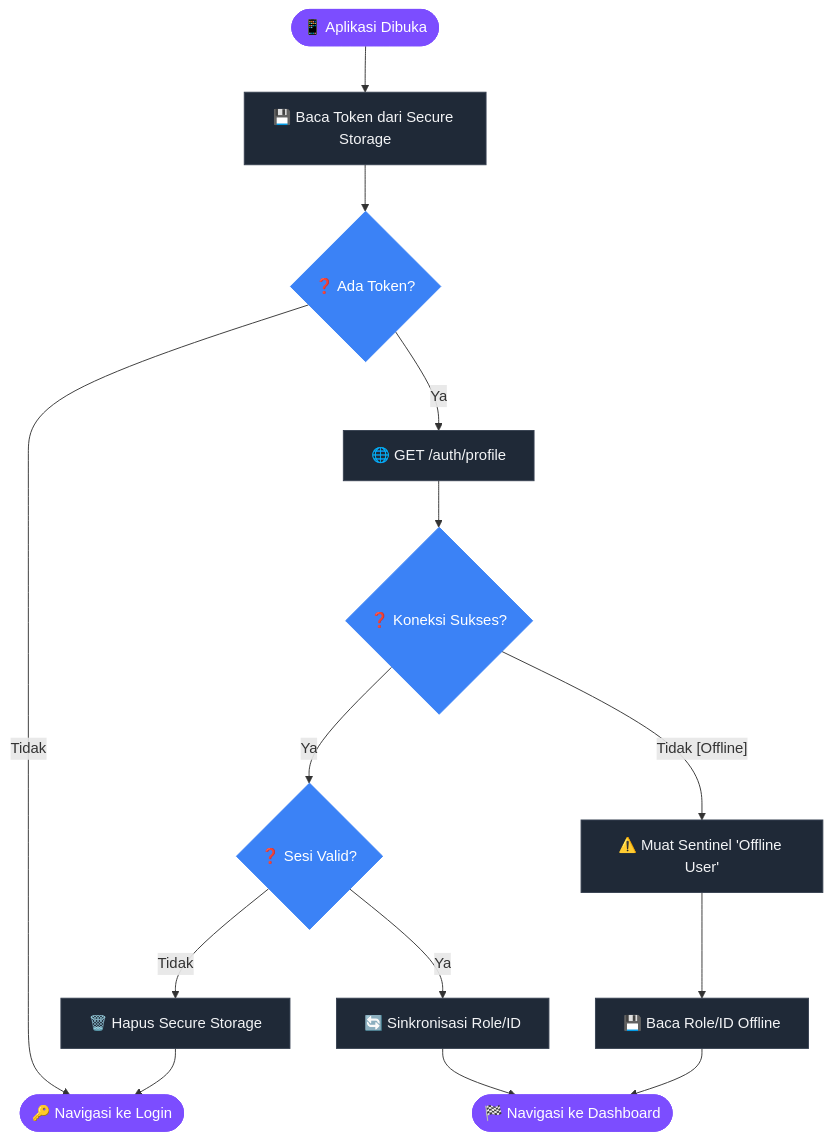
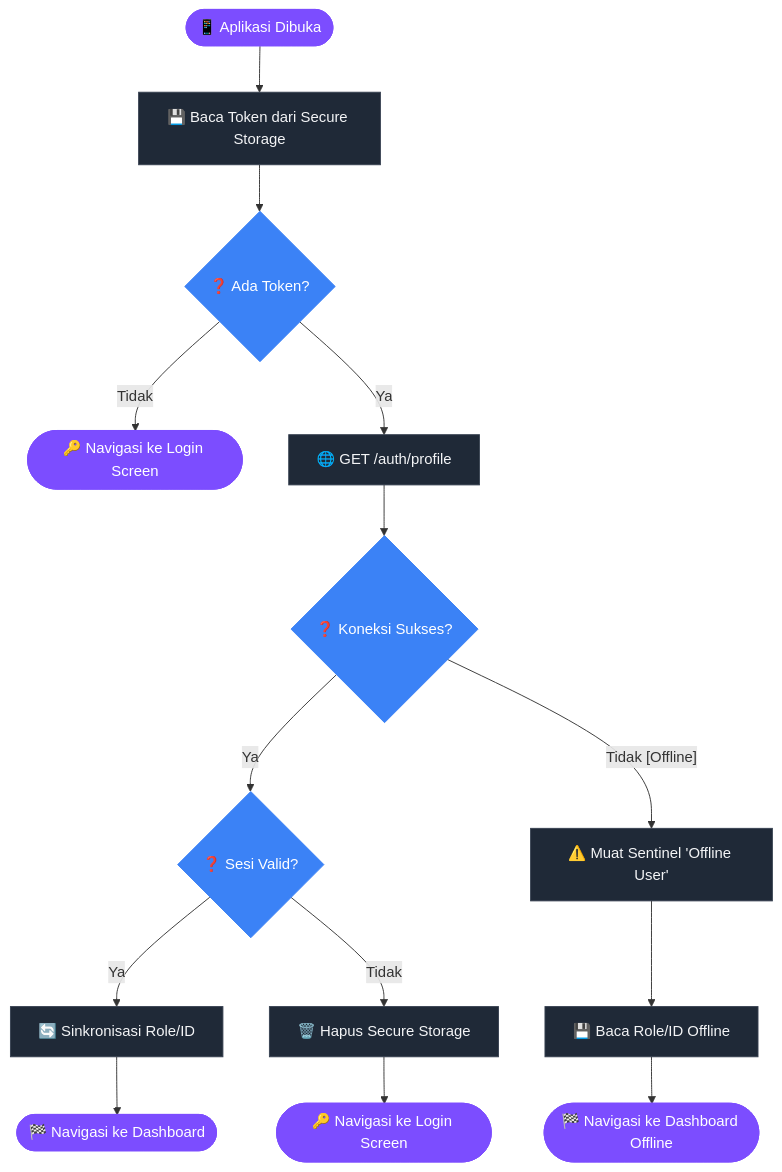
One commit to Rezi14/NalaSeva-Mobile-Test changed the third of 10 diagrams in dokumentasi/ALUR_BISNIS.md. Above: the diagram before and after it, drawn with Mermaid. The commit also changed other lines of this file, not shown here.

````diff
--- a/dokumentasi/ALUR_BISNIS.md
+++ b/dokumentasi/ALUR_BISNIS.md
@@ -48,23 +54,21 @@
 ```mermaid
 flowchart TD
     classDef default fill:#1f2937,stroke:#374151,stroke-width:1px,color:#f3f4f6;
     classDef startEnd fill:#7c4dff,stroke:#7c4dff,color:#fff;
     classDef decision fill:#3b82f6,stroke:#3b82f6,color:#fff;
 
     Start([📱 Aplikasi Dibuka]):::startEnd --> ReadStorage[💾 Baca Token dari Secure Storage]
     ReadStorage --> TokenExist{❓ Ada Token?}:::decision
     
-    TokenExist -- Tidak --> GoLogin([🔑 Navigasi ke Login]):::startEnd
+    TokenExist -- Tidak --> GoLogin1([🔑 Navigasi ke Login Screen]):::startEnd
     
     TokenExist -- Ya --> ProfileAPI[🌐 GET /auth/profile]
     ProfileAPI --> ConnCheck{❓ Koneksi Sukses?}:::decision
     
     ConnCheck -- Ya --> SesiCheck{❓ Sesi Valid?}:::decision
-    SesiCheck -- Ya --> SyncData[🔄 Sinkronisasi Role/ID] --> GoDashboard
-    SesiCheck -- Tidak --> ClearStorage[🗑️ Hapus Secure Storage] --> GoLogin
+    SesiCheck -- Ya --> SyncData[🔄 Sinkronisasi Role/ID] --> GoDashboard1([🏁 Navigasi ke Dashboard]):::startEnd
+    SesiCheck -- Tidak --> ClearStorage[🗑️ Hapus Secure Storage] --> GoLogin2([🔑 Navigasi ke Login Screen]):::startEnd
     
     ConnCheck -- Tidak [Offline] --> Sentinel[⚠️ Muat Sentinel 'Offline User']
-    Sentinel --> ReadRole[💾 Baca Role/ID Offline] --> GoDashboard
-    
-    GoDashboard([🏁 Navigasi ke Dashboard]):::startEnd
+    Sentinel --> ReadRole[💾 Baca Role/ID Offline] --> GoDashboard2([🏁 Navigasi ke Dashboard Offline]):::startEnd
 ```
````
